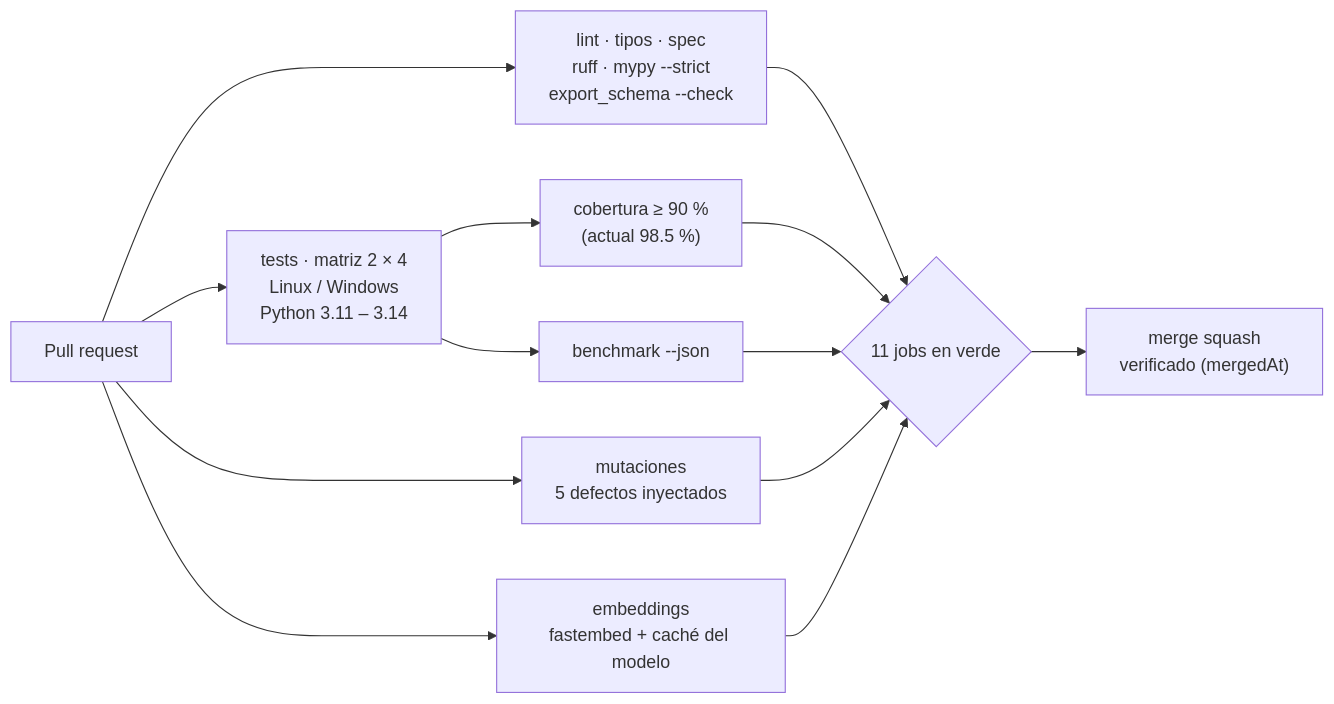
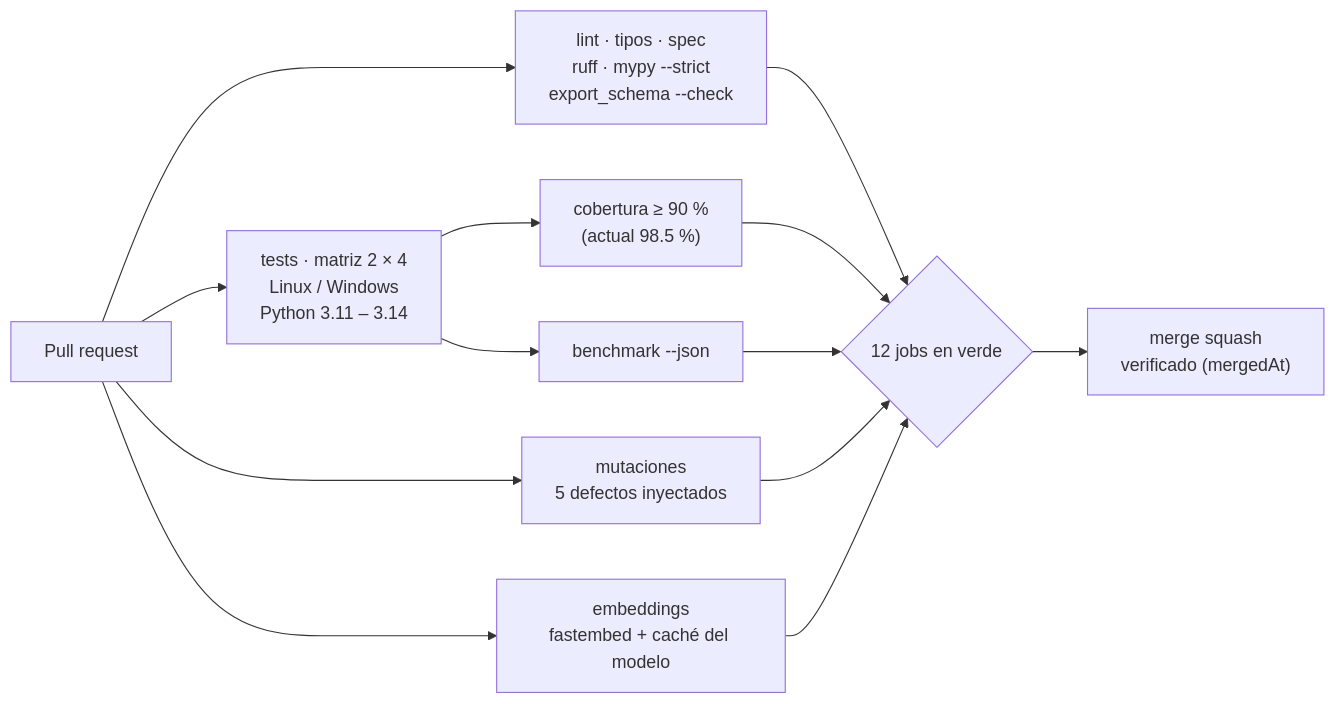
The ninth of 11 diagrams in README.md (cherrera0001/Agents_Learning_Loops), drawn with Mermaid before and after one commit. The commit also changed other lines of this file and 2 other files, not shown here.

First line of the commit message:
docs(readme): precisar hash v1, jobs de CI y objetivo operativo (#56)

````diff
--- a/README.md
+++ b/README.md
@@ -664,15 +666,15 @@
 ```mermaid
 flowchart LR
     PR["Pull request"] --> LINT["lint · tipos · spec<br/>ruff · mypy --strict<br/>export_schema --check"]
     PR --> TEST["tests · matriz 2 × 4<br/>Linux / Windows<br/>Python 3.11 – 3.14"]
     PR --> MUT["mutaciones<br/>5 defectos inyectados"]
     PR --> EMBJ["embeddings<br/>fastembed + caché del modelo"]
     TEST --> COV["cobertura ≥ 90 %<br/>(actual 98.5 %)"]
     TEST --> BENCH["benchmark --json"]
-    LINT --> OK{"11 jobs en verde"}
+    LINT --> OK{"12 jobs en verde"}
     COV --> OK
     BENCH --> OK
     MUT --> OK
     EMBJ --> OK
     OK --> MERGE["merge squash<br/>verificado (mergedAt)"]
 ```
````
